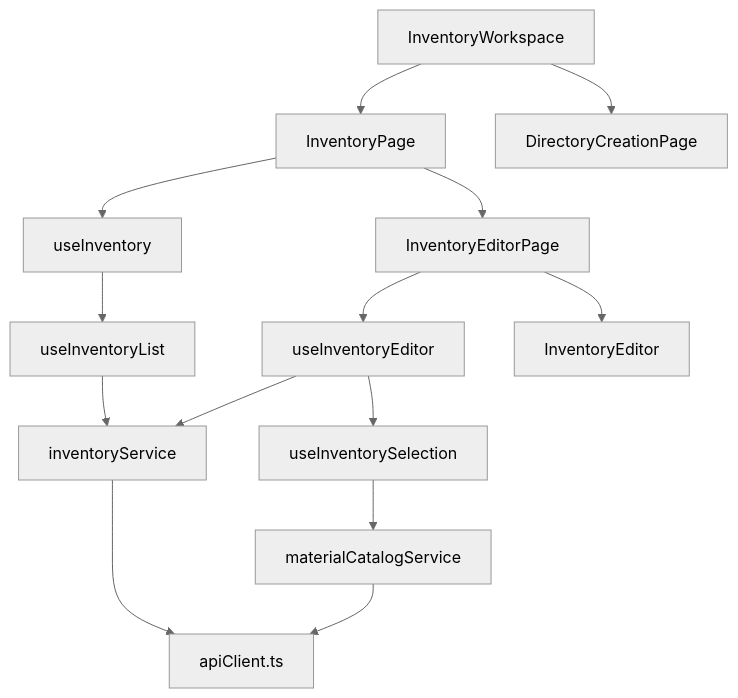
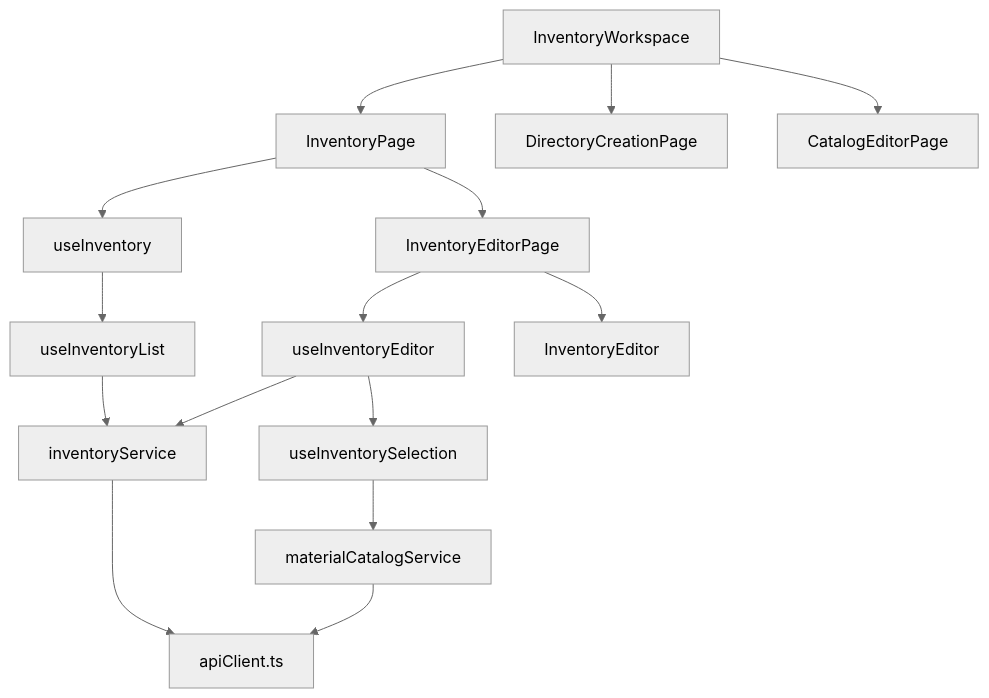
One commit to gpgsistemas01/nexus changed the first of 2 diagrams in front/docs/architecture/views/logical/components/02-inventory.md. Above: the diagram before and after it, drawn with Mermaid (neutral theme). The commit also changed other lines of this file and 54 other files, not shown here.

````diff
--- a/front/docs/architecture/views/logical/components/02-inventory.md
+++ b/front/docs/architecture/views/logical/components/02-inventory.md
@@ -7,28 +7,30 @@
 ```mermaid
 flowchart TB
     workspace["InventoryWorkspace"]
     page["InventoryPage"]
     auxiliary["DirectoryCreationPage"]
+    catalogEditor["CatalogEditorPage"]
     inventory["useInventory"]
     list["useInventoryList"]
     editorPage["InventoryEditorPage"]
     editor["useInventoryEditor"]
     form["InventoryEditor"]
     service["inventoryService"]
     selection["useInventorySelection"]
     catalog["materialCatalogService"]
     http["apiClient.ts"]
     workspace --> page
     workspace --> auxiliary
+    workspace --> catalogEditor
     page --> inventory
     page --> editorPage
     inventory --> list
     list --> service
     editorPage --> editor
     editorPage --> form
     editor --> service
     editor --> selection
     selection --> catalog
     catalog --> http
     service --> http
 ```
````
